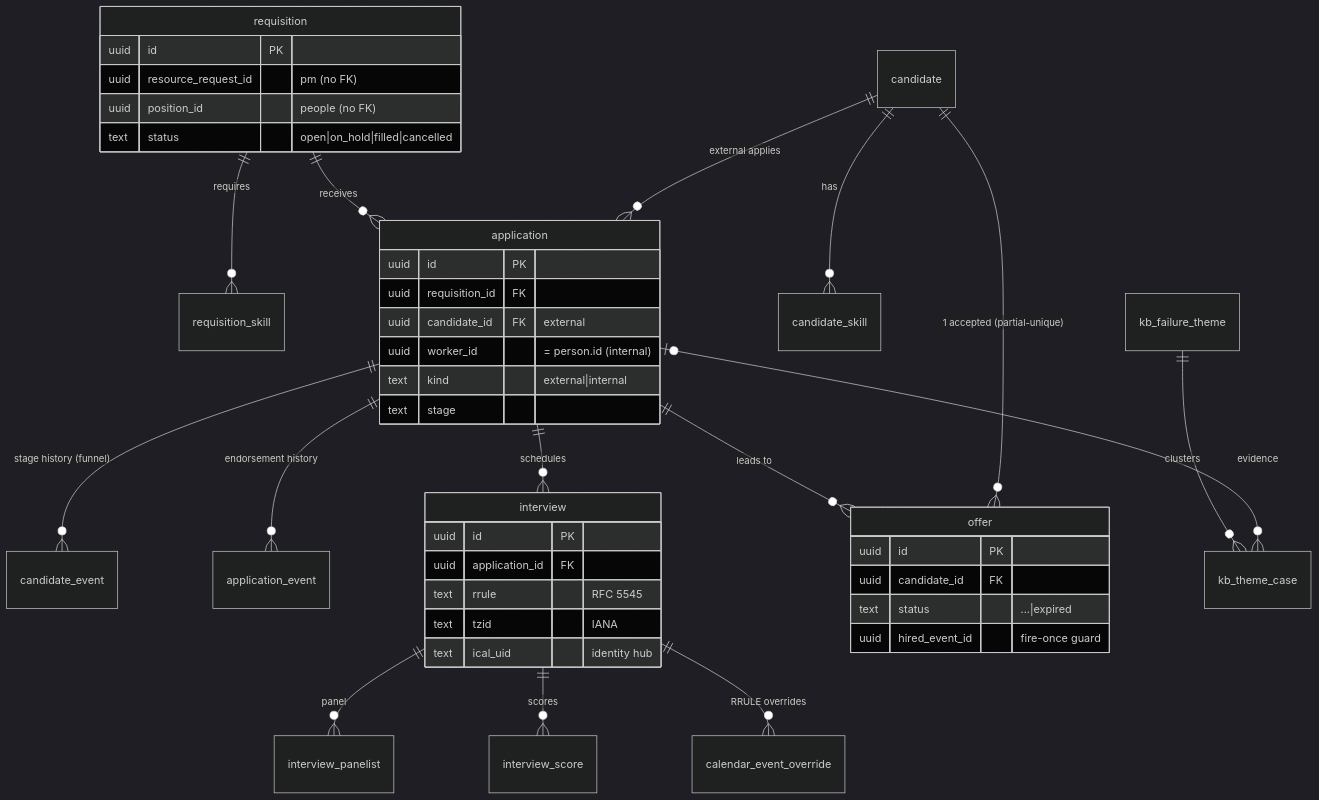
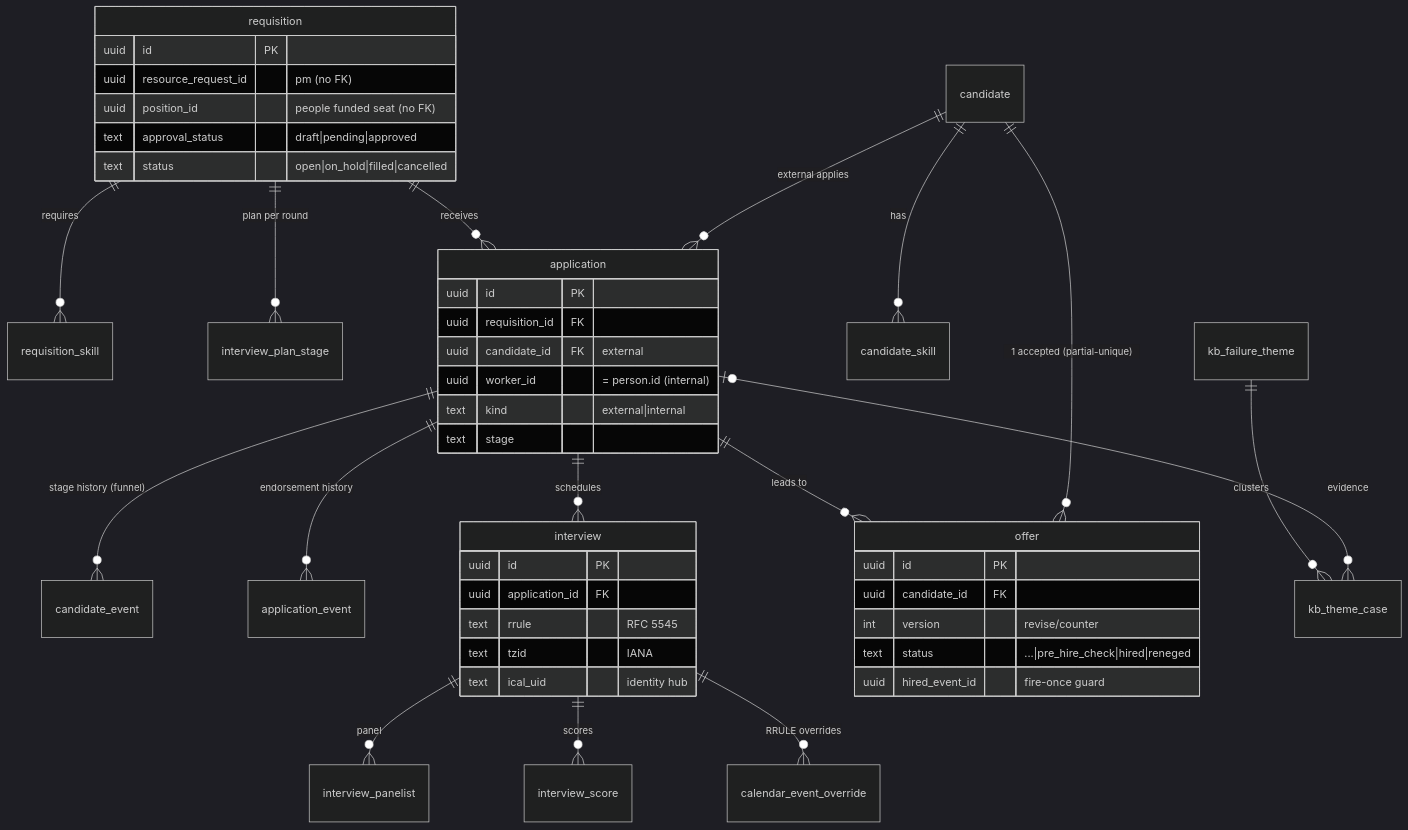
The second of 5 diagrams in docs/spike/db-design.md (Seta-International/agent-platform), drawn with Mermaid (dark theme) before and after one commit. The commit also changed other lines of this file and 10 other files, not shown here.

First line of the commit message:
Refactor documentation and schema for People, Hiring, and PM modules

````diff
--- a/docs/spike/db-design.md
+++ b/docs/spike/db-design.md
@@ -267,44 +277,47 @@
 ```mermaid
 erDiagram
   requisition ||--o{ requisition_skill : requires
+  requisition ||--o{ interview_plan_stage : "plan per round"
   requisition ||--o{ application : receives
   candidate ||--o{ application : "external applies"
   candidate ||--o{ candidate_skill : has
   application ||--o{ candidate_event : "stage history (funnel)"
   application ||--o{ application_event : "endorsement history"
   application ||--o{ interview : schedules
   interview ||--o{ interview_panelist : panel
   interview ||--o{ interview_score : scores
   interview ||--o{ calendar_event_override : "RRULE overrides"
   application ||--o{ offer : "leads to"
   candidate ||--o{ offer : "1 accepted (partial-unique)"
   kb_failure_theme ||--o{ kb_theme_case : clusters
   application |o--o{ kb_theme_case : evidence
   requisition {
     uuid id PK
     uuid resource_request_id "pm (no FK)"
-    uuid position_id "people (no FK)"
+    uuid position_id "people funded seat (no FK)"
+    text approval_status "draft|pending|approved"
     text status "open|on_hold|filled|cancelled"
   }
   application {
     uuid id PK
     uuid requisition_id FK
     uuid candidate_id FK "external"
     uuid worker_id "= person.id (internal)"
     text kind "external|internal"
     text stage
   }
   interview {
     uuid id PK
     uuid application_id FK
     text rrule "RFC 5545"
     text tzid "IANA"
     text ical_uid "identity hub"
   }
   offer {
     uuid id PK
     uuid candidate_id FK
-    text status "...|expired"
+    int version "revise/counter"
+    text status "...|pre_hire_check|hired|reneged"
     uuid hired_event_id "fire-once guard"
   }
 ```
````
